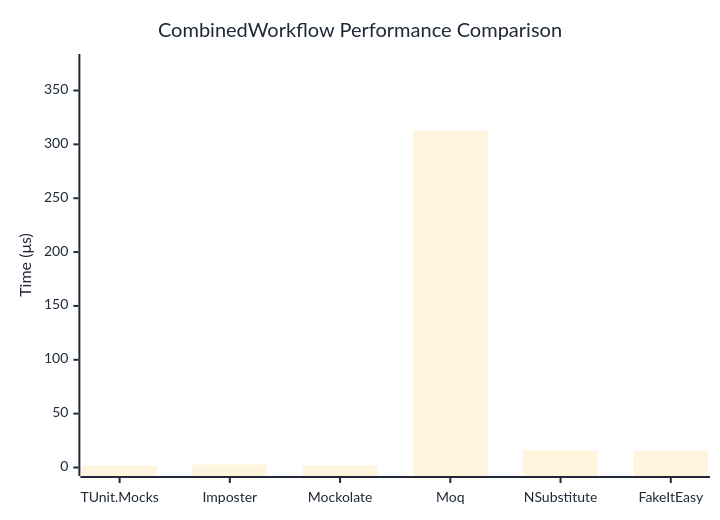
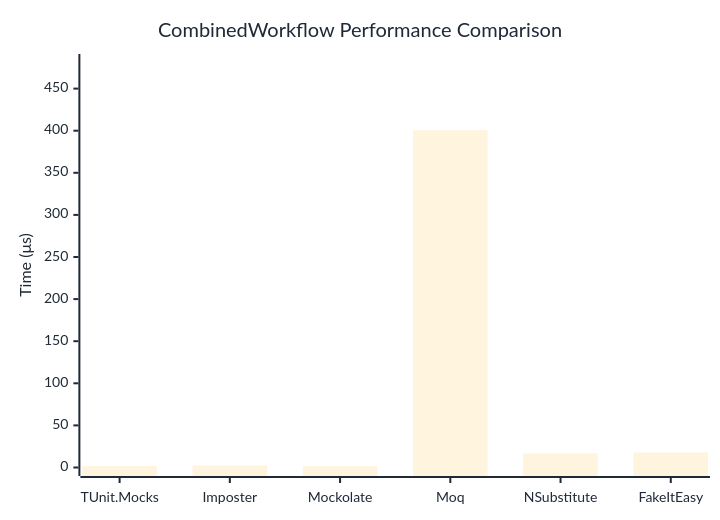
One commit to thomhurst/TUnit changed the diagram in docs/docs/benchmarks/mocks/CombinedWorkflow.md. Above: the diagram before and after it, drawn with Mermaid. The commit also changed other lines of this file and 14 other files, not shown here.

````diff
--- a/docs/docs/benchmarks/mocks/CombinedWorkflow.md
+++ b/docs/docs/benchmarks/mocks/CombinedWorkflow.md
@@ -28,27 +28,27 @@
 ```mermaid
 %%{init: {
   'theme':'base',
   'themeVariables': {
     'primaryColor': '#2563eb',
     'primaryTextColor': '#1f2937',
     'primaryBorderColor': '#1e40af',
     'lineColor': '#6b7280',
     'secondaryColor': '#7c3aed',
     'tertiaryColor': '#dc2626',
     'background': '#ffffff',
     'pie1': '#2563eb',
     'pie2': '#7c3aed',
     'pie3': '#dc2626',
     'pie4': '#f59e0b',
     'pie5': '#10b981',
     'pie6': '#06b6d4',
     'pie7': '#ec4899',
     'pie8': '#6366f1'
   }
 }}%%
 xychart-beta
   title "CombinedWorkflow Performance Comparison"
   x-axis ["TUnit.Mocks", "Imposter", "Mockolate", "Moq", "NSubstitute", "FakeItEasy"]
-  y-axis "Time (μs)" 0 --> 376
-  bar [1.841, 2.635, 1.711, 312.53, 16.092, 15.644]
+  y-axis "Time (μs)" 0 --> 481
+  bar [1.75, 2.452, 1.657, 400.648, 16.74, 17.84]
 ```
````
